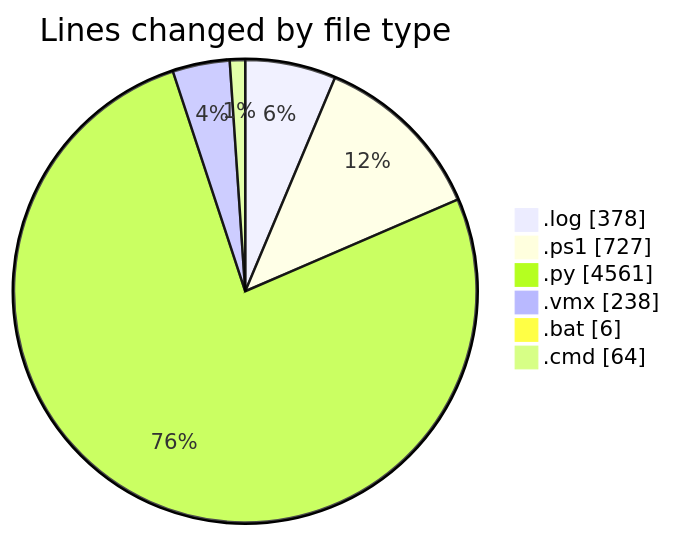
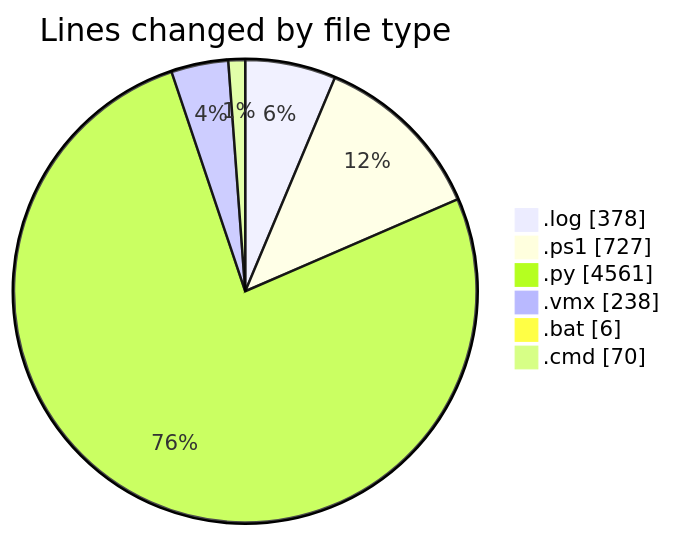
One commit to shibass792/code-tracking changed the first of 2 diagrams in 2026-07-08/twenty_versions_aminor/README.md. Above: the diagram before and after it, drawn with Mermaid. The commit also changed other lines of this file and 1 other file, not shown here.

````diff
--- a/2026-07-08/twenty_versions_aminor/README.md
+++ b/2026-07-08/twenty_versions_aminor/README.md
@@ -57,10 +57,10 @@
 ```mermaid
 pie showData
 title Lines changed by file type
 ".log" : 378
 ".ps1" : 727
 ".py" : 4561
 ".vmx" : 238
 ".bat" : 6
-".cmd" : 64
+".cmd" : 70
 ```
````
